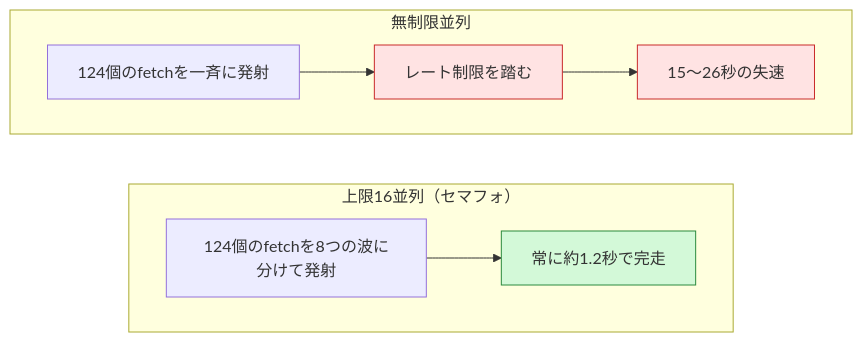
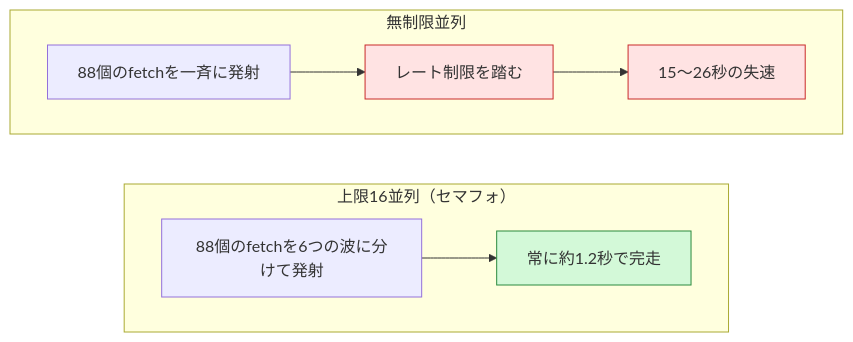
One commit to aobathree/llm-interpreter-compiler-modes changed the sixth of 6 diagrams in article-llm-interpreter-compiler-modes.md. Above: the diagram before and after it, drawn with Mermaid. The commit also changed other lines of this file and 17 other files, not shown here.

````diff
--- a/article-llm-interpreter-compiler-modes.md
+++ b/article-llm-interpreter-compiler-modes.md
@@ -139,14 +139,14 @@
 ```mermaid
 flowchart TB
   subgraph G1["無制限並列"]
     direction LR
-    a1["124個のfetchを一斉に発射"] --> b1["レート制限を踏む"]:::heavy --> c1["15〜26秒の失速"]:::heavy
+    a1["88個のfetchを一斉に発射"] --> b1["レート制限を踏む"]:::heavy --> c1["15〜26秒の失速"]:::heavy
   end
   subgraph G2["上限16並列（セマフォ）"]
     direction LR
-    a2["124個のfetchを8つの波に分けて発射"] --> b2["常に約1.2秒で完走"]:::light
+    a2["88個のfetchを6つの波に分けて発射"] --> b2["常に約1.2秒で完走"]:::light
   end
   c1 ~~~ a2
   classDef heavy fill:#ffe3e3,stroke:#c92a2a
   classDef light fill:#d3f9d8,stroke:#2b8a3e
 ```
````
